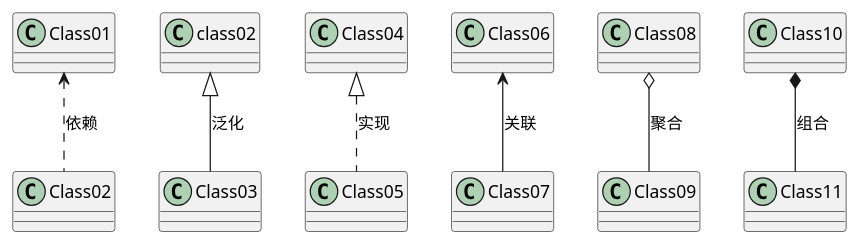
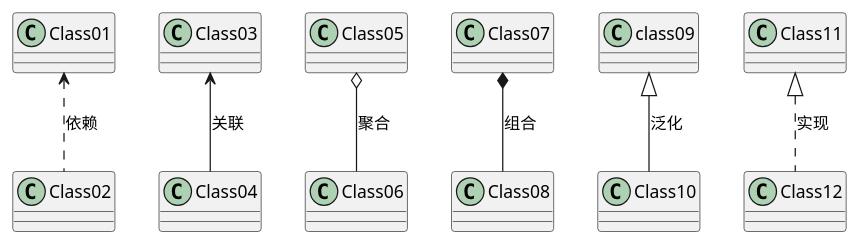
The diagram in 02-Tools/IntelliJ IDEA之UML类图与时序图.md (zgkaii/CS-Study-Notes), drawn with PlantUML before and after one commit. The commit also changed other lines of this file and 1 other file, not shown here.

````diff
--- a/02-Tools/IntelliJ IDEA之UML类图与时序图.md
+++ b/02-Tools/IntelliJ IDEA之UML类图与时序图.md
@@ -49,10 +51,10 @@
 ```uml
 @startuml
 Class01 <.. Class02:依赖
-class02 <|-- Class03:泛化
-Class04 <|.. Class05:实现
-Class06 <-- Class07:关联
-Class08 o-- Class09:聚合
-Class10 *-- Class11:组合
+Class03 <-- Class04:关联
+Class05 o-- Class06:聚合
+Class07 *-- Class08:组合
+class09 <|-- Class10:泛化
+Class11 <|.. Class12:实现
 @enduml
 ```
````
